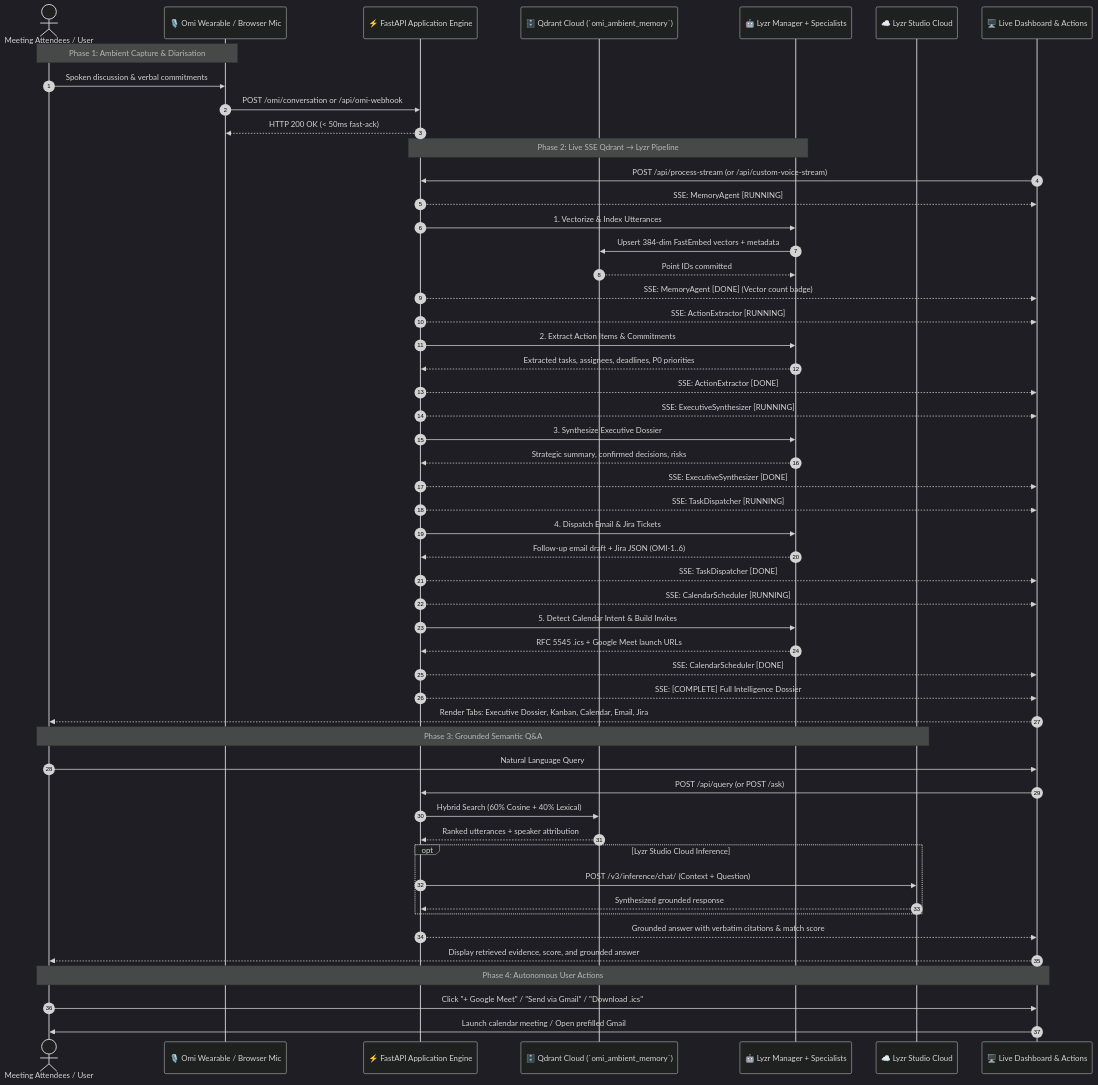
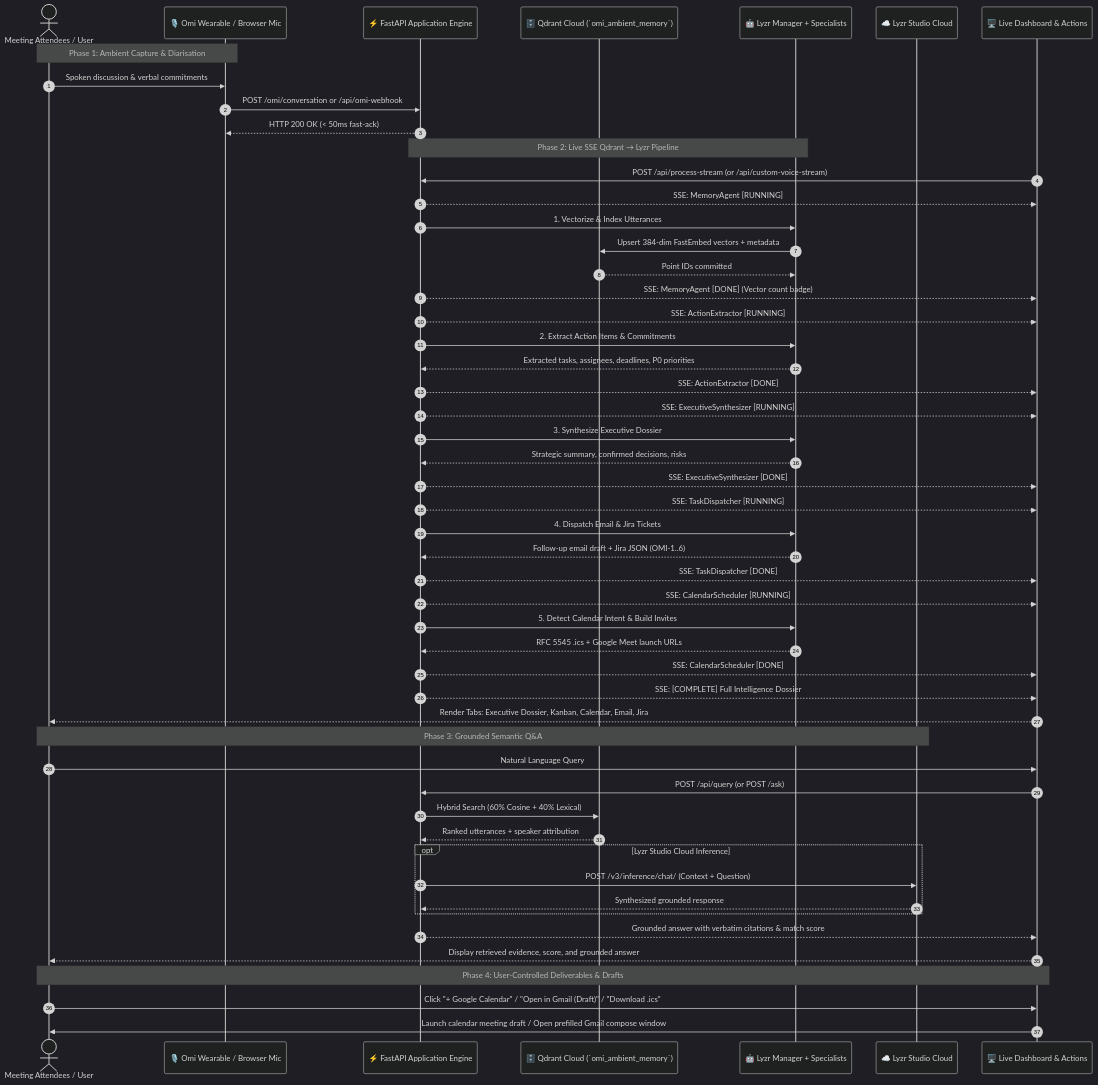
One commit to masood-mashu/omimind-agent changed the diagram in docs/EXECUTION_FLOW.md. Above: the diagram before and after it, drawn with Mermaid (dark theme). The commit also changed 24 other files, not shown here.

````diff
--- a/docs/EXECUTION_FLOW.md
+++ b/docs/EXECUTION_FLOW.md
@@ -9,63 +9,63 @@
 ```mermaid
 sequenceDiagram
     autonumber
     actor Attendee as Meeting Attendees / User
     participant Omi as 🎙️ Omi Wearable / Browser Mic
     participant FastAPIServer as ⚡ FastAPI Application Engine
     participant QdrantCloud as 🗄️ Qdrant Cloud (`omi_ambient_memory`)
     participant Swarm as 🤖 Lyzr Manager + Specialists
     participant Studio as ☁️ Lyzr Studio Cloud
     participant Client as 🖥️ Live Dashboard & Actions
 
     Note over Attendee,Omi: Phase 1: Ambient Capture & Diarisation
     Attendee->>Omi: Spoken discussion & verbal commitments
     Omi->>FastAPIServer: POST /omi/conversation or /api/omi-webhook
     FastAPIServer-->>Omi: HTTP 200 OK (< 50ms fast-ack)
 
     Note over FastAPIServer,Swarm: Phase 2: Live SSE Qdrant → Lyzr Pipeline
     Client->>FastAPIServer: POST /api/process-stream (or /api/custom-voice-stream)
     FastAPIServer-->>Client: SSE: MemoryAgent [RUNNING]
     FastAPIServer->>Swarm: 1. Vectorize & Index Utterances
     Swarm->>QdrantCloud: Upsert 384-dim FastEmbed vectors + metadata
     QdrantCloud-->>Swarm: Point IDs committed
     FastAPIServer-->>Client: SSE: MemoryAgent [DONE] (Vector count badge)
 
     FastAPIServer-->>Client: SSE: ActionExtractor [RUNNING]
     FastAPIServer->>Swarm: 2. Extract Action Items & Commitments
     Swarm-->>FastAPIServer: Extracted tasks, assignees, deadlines, P0 priorities
     FastAPIServer-->>Client: SSE: ActionExtractor [DONE]
 
     FastAPIServer-->>Client: SSE: ExecutiveSynthesizer [RUNNING]
     FastAPIServer->>Swarm: 3. Synthesize Executive Dossier
     Swarm-->>FastAPIServer: Strategic summary, confirmed decisions, risks
     FastAPIServer-->>Client: SSE: ExecutiveSynthesizer [DONE]
 
     FastAPIServer-->>Client: SSE: TaskDispatcher [RUNNING]
     FastAPIServer->>Swarm: 4. Dispatch Email & Jira Tickets
     Swarm-->>FastAPIServer: Follow-up email draft + Jira JSON (OMI-1..6)
     FastAPIServer-->>Client: SSE: TaskDispatcher [DONE]
 
     FastAPIServer-->>Client: SSE: CalendarScheduler [RUNNING]
     FastAPIServer->>Swarm: 5. Detect Calendar Intent & Build Invites
     Swarm-->>FastAPIServer: RFC 5545 .ics + Google Meet launch URLs
     FastAPIServer-->>Client: SSE: CalendarScheduler [DONE]
 
     FastAPIServer-->>Client: SSE: [COMPLETE] Full Intelligence Dossier
     Client-->>Attendee: Render Tabs: Executive Dossier, Kanban, Calendar, Email, Jira
 
     Note over Attendee,Studio: Phase 3: Grounded Semantic Q&A
     Attendee->>Client: Natural Language Query
     Client->>FastAPIServer: POST /api/query (or POST /ask)
     FastAPIServer->>QdrantCloud: Hybrid Search (60% Cosine + 40% Lexical)
     QdrantCloud-->>FastAPIServer: Ranked utterances + speaker attribution
     opt Lyzr Studio Cloud Inference
         FastAPIServer->>Studio: POST /v3/inference/chat/ (Context + Question)
         Studio-->>FastAPIServer: Synthesized grounded response
     end
     FastAPIServer-->>Client: Grounded answer with verbatim citations & match score
     Client-->>Attendee: Display retrieved evidence, score, and grounded answer
 
-    Note over Attendee,Client: Phase 4: Autonomous User Actions
-    Attendee->>Client: Click "+ Google Meet" / "Send via Gmail" / "Download .ics"
-    Client->>Attendee: Launch calendar meeting / Open prefilled Gmail
+    Note over Attendee,Client: Phase 4: User-Controlled Deliverables & Drafts
+    Attendee->>Client: Click "+ Google Calendar" / "Open in Gmail (Draft)" / "Download .ics"
+    Client->>Attendee: Launch calendar meeting draft / Open prefilled Gmail compose window
 ```
````
